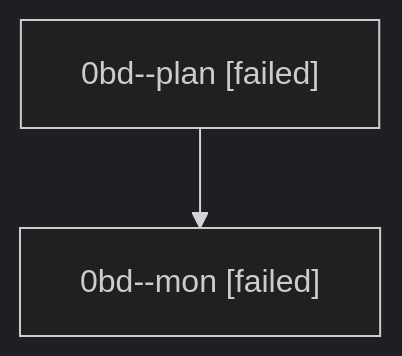
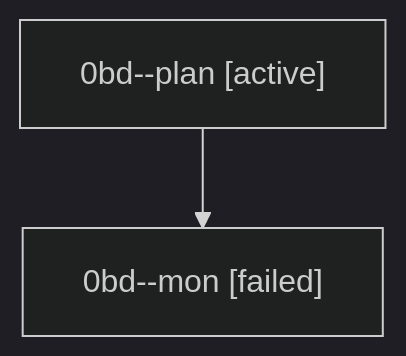
The diagram in families/bbugyi200.athena.0bd.md (sase-org/sase--agents), drawn with Mermaid (dark theme) before and after one commit. The commit also changed other lines of this file and 35830 other files, not shown here.

````diff
--- a/families/bbugyi200.athena.0bd.md
+++ b/families/bbugyi200.athena.0bd.md
@@ -9,6 +9,6 @@
 ```mermaid
 flowchart TD
-  n0["0bd--plan [failed]"]
+  n0["0bd--plan [active]"]
   n1["0bd--mon [failed]"]
   n0 --> n1
 ```
````
